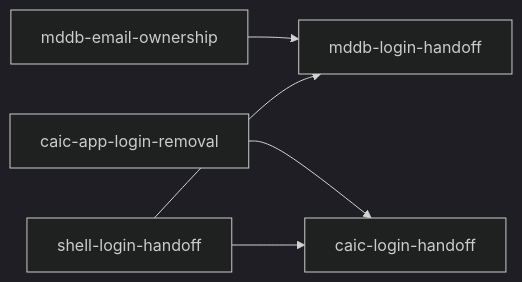
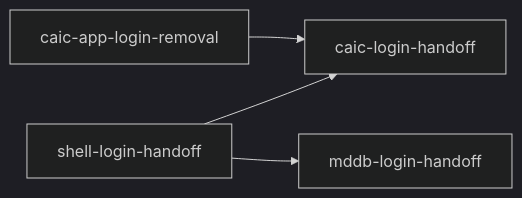
Before and after one commit to maruel/gomode: the diagram in docs/PLAN_NATIVE_LOGIN.md, drawn with Mermaid (dark theme). The commit also changed other lines of this file and 20 other files, not shown here.

````diff
--- a/docs/PLAN_NATIVE_LOGIN.md
+++ b/docs/PLAN_NATIVE_LOGIN.md
@@ -7,7 +6,6 @@
 ```mermaid
 flowchart LR
-    F[mddb-email-ownership] --> D
     B[caic-app-login-removal] --> E[caic-login-handoff]
     C[shell-login-handoff] --> D[mddb-login-handoff]
     C --> E
 ```
````
